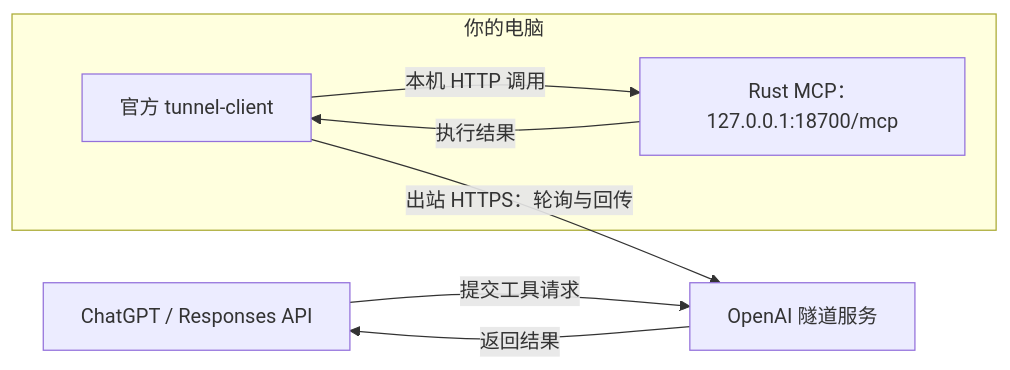
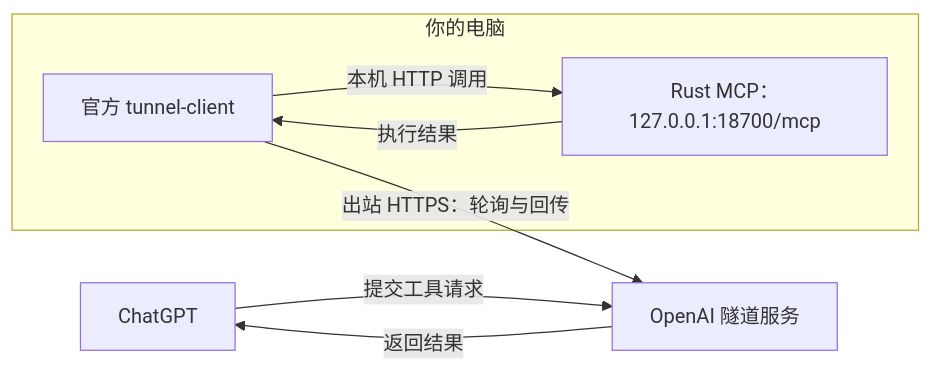
One commit to sunnoy/shellmcp-tunnel changed the diagram in README.md. Above: the diagram before and after it, drawn with Mermaid. The commit also changed other lines of this file and 3 other files, not shown here.

````diff
--- a/README.md
+++ b/README.md
@@ -13,12 +11,12 @@
 ```mermaid
 flowchart LR
-    App["ChatGPT / Responses API"] -->|提交工具请求| OpenAI["OpenAI 隧道服务"]
+    App["ChatGPT"] -->|提交工具请求| OpenAI["OpenAI 隧道服务"]
     subgraph Computer["你的电脑"]
         Tunnel["官方 tunnel-client"]
         Agent["Rust MCP：127.0.0.1:18700/mcp"]
         Tunnel -->|本机 HTTP 调用| Agent
         Agent -->|执行结果| Tunnel
     end
     Tunnel -->|出站 HTTPS：轮询与回传| OpenAI
     OpenAI -->|返回结果| App
 ```
````
